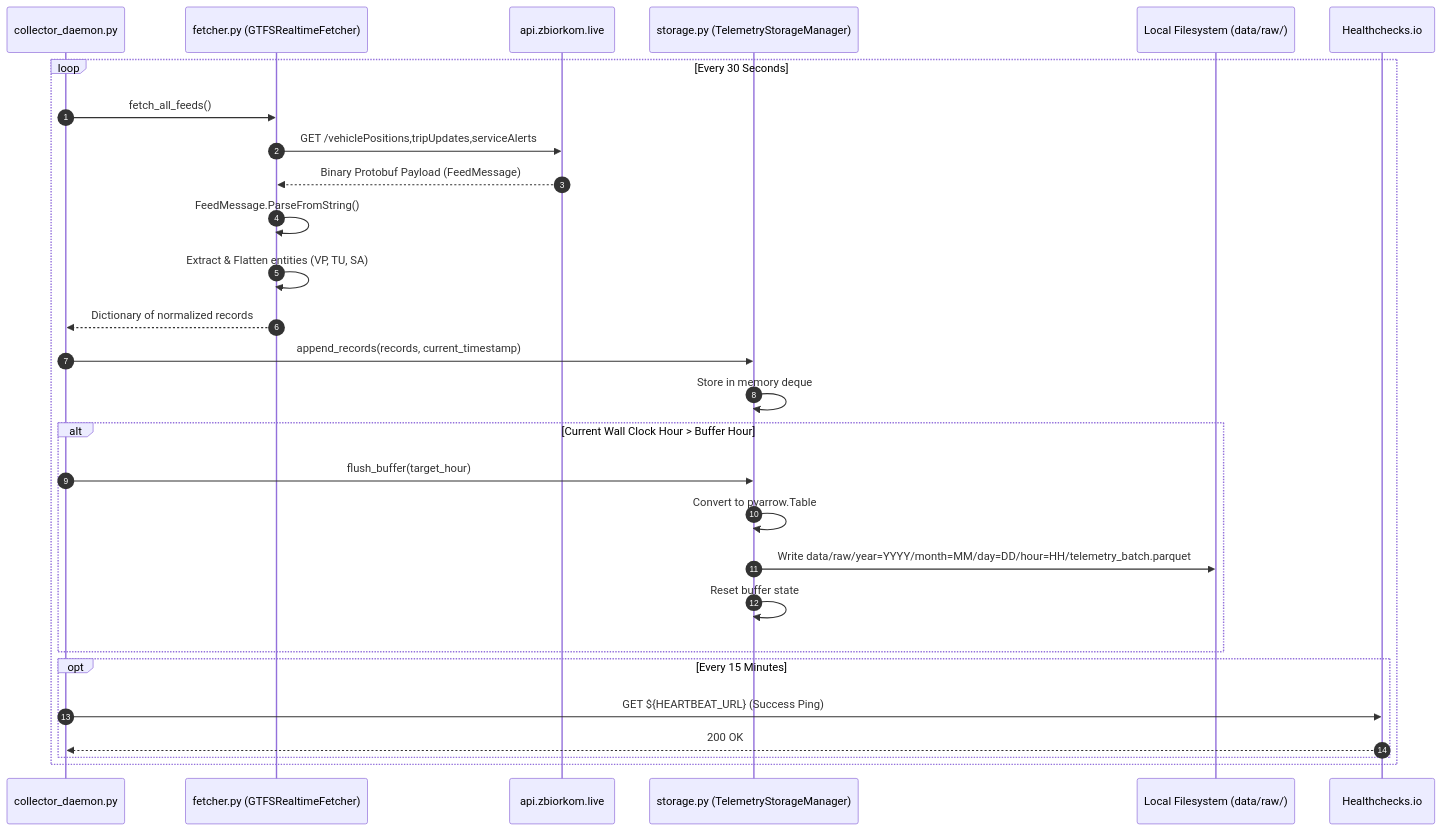
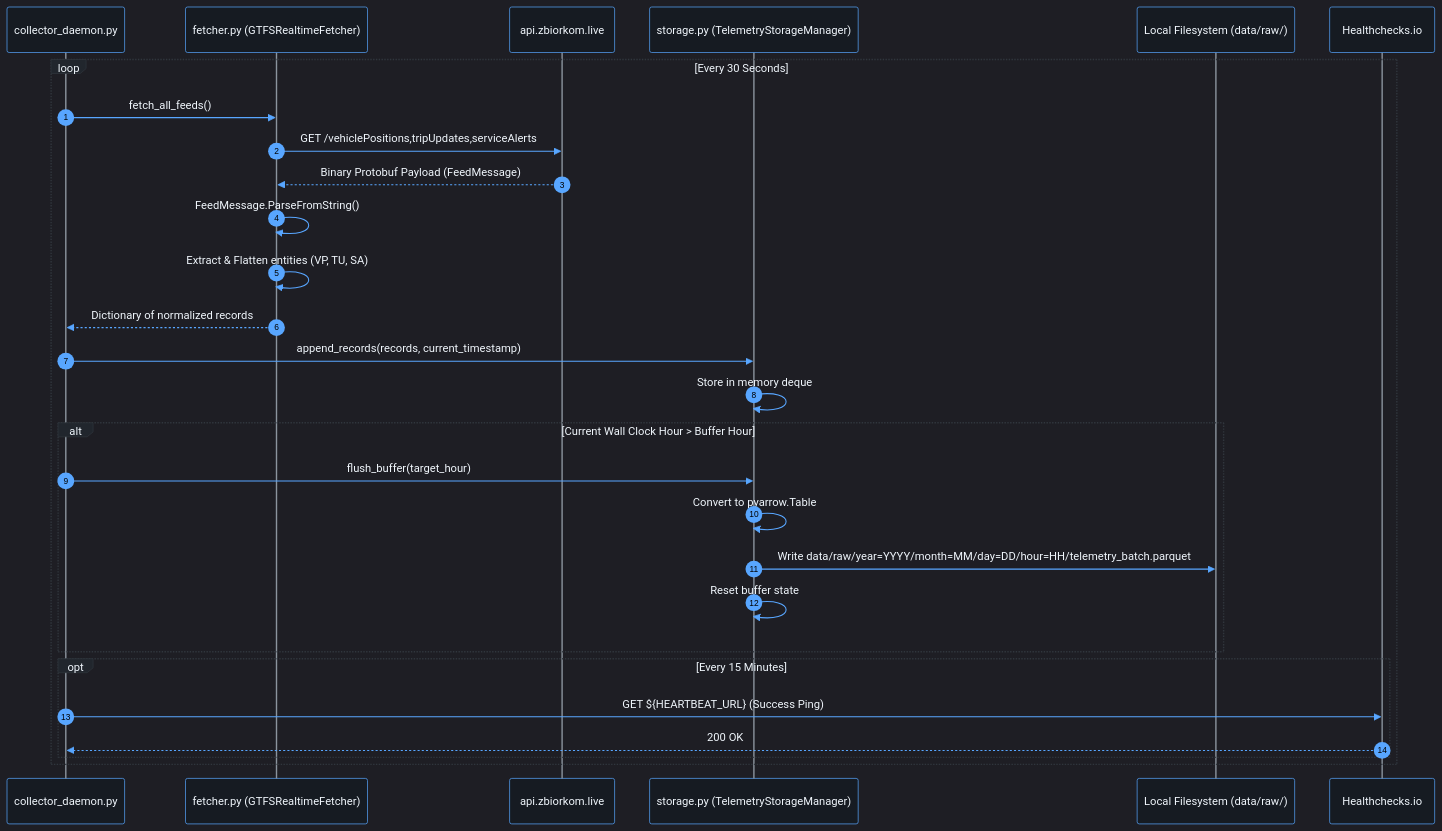
The second of 2 diagrams in architect/legacy_pipeline/README.md (giangh14cqt/warsaw-public-transport-monitor), drawn with Mermaid before and after one commit. The commit also changed other lines of this file and 9 other files, not shown here.

First line of the commit message:
style(architect): optimize all Mermaid diagrams for GitHub dark theme readability

````diff
--- a/architect/legacy_pipeline/README.md
+++ b/architect/legacy_pipeline/README.md
@@ -87,33 +115,53 @@
 ```mermaid
+%%{init: {
+  'theme': 'dark',
+  'themeVariables': {
+    'actorBkg': '#161b22',
+    'actorBorder': '#58a6ff',
+    'actorTextColor': '#f0f6fc',
+    'actorLineColor': '#8b949e',
+    'signalColor': '#58a6ff',
+    'signalTextColor': '#f0f6fc',
+    'labelBoxBkgColor': '#21262d',
+    'labelBoxBorderColor': '#30363d',
+    'labelTextColor': '#f0f6fc',
+    'loopTextColor': '#f0f6fc',
+    'noteBkgColor': '#21262d',
+    'noteBorderColor': '#30363d',
+    'noteTextColor': '#f0f6fc',
+    'activationBkgColor': '#1f242c',
+    'activationBorderColor': '#58a6ff'
+  }
+}}%%
 sequenceDiagram
     autonumber
     participant D as collector_daemon.py
     participant F as fetcher.py (GTFSRealtimeFetcher)
     participant API as api.zbiorkom.live
     participant S as storage.py (TelemetryStorageManager)
     participant FS as Local Filesystem (data/raw/)
     participant HC as Healthchecks.io
 
     loop Every 30 Seconds
         D->>F: fetch_all_feeds()
         F->>API: GET /vehiclePositions,tripUpdates,serviceAlerts
         API-->>F: Binary Protobuf Payload (FeedMessage)
         F->>F: FeedMessage.ParseFromString()
         F->>F: Extract & Flatten entities (VP, TU, SA)
         F-->>D: Dictionary of normalized records
         D->>S: append_records(records, current_timestamp)
         S->>S: Store in memory deque
         
         alt Current Wall Clock Hour > Buffer Hour
             D->>S: flush_buffer(target_hour)
             S->>S: Convert to pyarrow.Table
             S->>FS: Write data/raw/year=YYYY/month=MM/day=DD/hour=HH/telemetry_batch.parquet
             S->>S: Reset buffer state
         end
 
         opt Every 15 Minutes
             D->>HC: GET ${HEARTBEAT_URL} (Success Ping)
             HC-->>D: 200 OK
         end
     end
 ```
````
